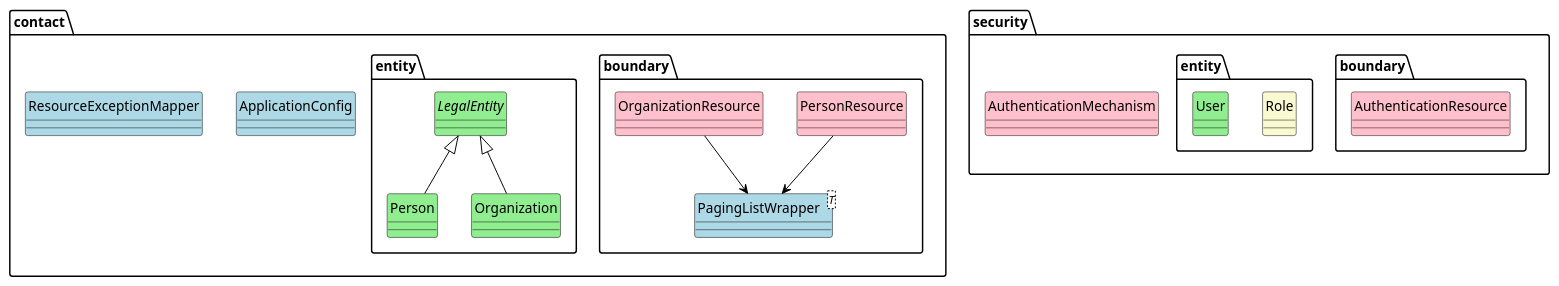
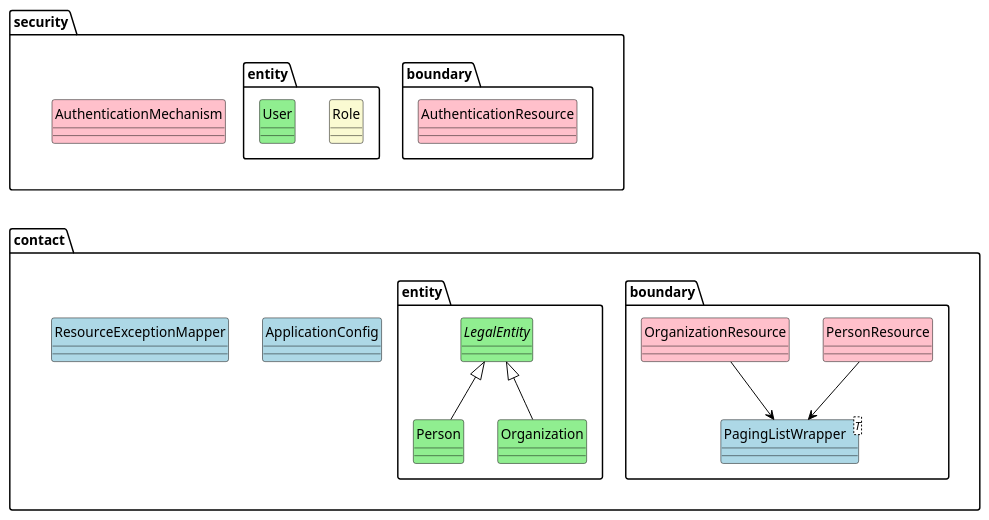
Before and after one commit to nderwin/lee7: the diagram in diagrams/overview.puml, drawn with PlantUML.

Commit message:
- diagram formatting

```diff
--- a/diagrams/overview.puml
+++ b/diagrams/overview.puml
@@ -1,52 +1,54 @@
 @startuml
 
 hide circle
 hide stereotype
 
 skinparam class {
     ArrowColor black
     BackgroundColor white
     BackgroundColor<<Description>> lightblue
     BackgroundColor<<MomentInterval>> pink
     BackgroundColor<<Role>> lightgoldenrodyellow
     BackgroundColor<<PersonPlaceThing>> lightgreen
     BorderColor black
 }
 
 namespace contact <<Folder>> {
     class ApplicationConfig<<Description>>
     class ResourceExceptionMapper<<Description>>
     
     namespace boundary <<Folder>> {
         class PersonResource<<MomentInterval>>
         class OrganizationResource<<MomentInterval>>
         class PagingListWrapper<T><<Description>>
 
         PersonResource --> PagingListWrapper
         OrganizationResource --> PagingListWrapper
     }
 
     namespace entity <<Folder>> {
         abstract class LegalEntity<<PersonPlaceThing>>
         class Person<<PersonPlaceThing>>
         class Organization<<PersonPlaceThing>>
 
         LegalEntity <|-- Person
         LegalEntity <|-- Organization
     }
 }
 
 namespace security <<Folder>> {
     class AuthenticationMechanism<<MomentInterval>>
 
     namespace boundary <<Folder>> {
         class AuthenticationResource<<MomentInterval>>
     }
 
     namespace entity <<Folder>> {
         class Role<<Role>>
         class User<<PersonPlaceThing>>
     }
 }
 
+security -[hidden]- contact
+
 @enduml
```
